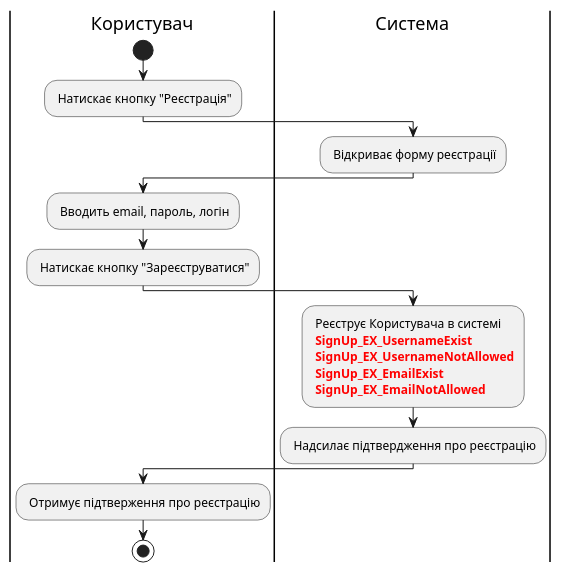
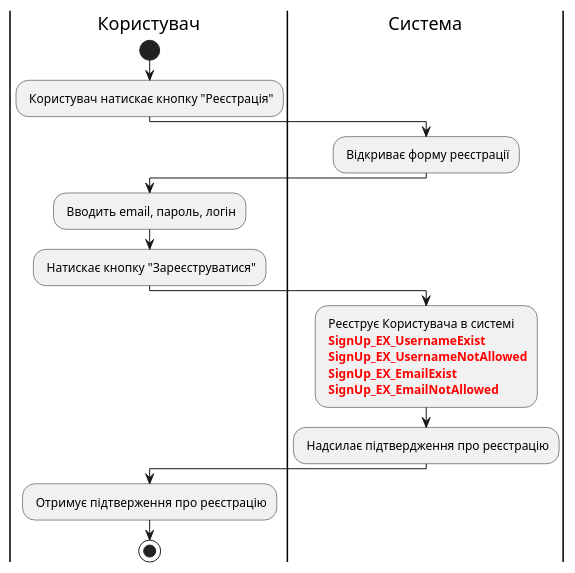
The fifth of 19 diagrams in docs/use cases/README.md (Nxkoz/DB-Lab-IO-26), drawn with PlantUML before and after one commit. The commit also changed other lines of this file, not shown here.

```diff
--- a/docs/use cases/README.md
+++ b/docs/use cases/README.md
@@ -180,27 +180,27 @@
 @startuml
 
     |Користувач|
     start;
-    : Натискає кнопку "Реєстрація";
+    : Користувач натискає кнопку "Реєстрація";
 
     |Система|
         : Відкриває форму реєстрації;
 
     |Користувач|
     : Вводить email, пароль, логін;
     : Натискає кнопку "Зареєструватися";
 
     |Система|
     : Реєструє Користувача в системі
     <font color="red"><b> SignUp_EX_UsernameExist
     <font color="red"><b> SignUp_EX_UsernameNotAllowed
     <font color="red"><b> SignUp_EX_EmailExist
     <font color="red"><b> SignUp_EX_EmailNotAllowed;
     
     : Надсилає підтвердження про реєстрацію;
 
     |Користувач|
     : Отримує підтверження про реєстрацію;
     stop;
 
 @enduml
```
